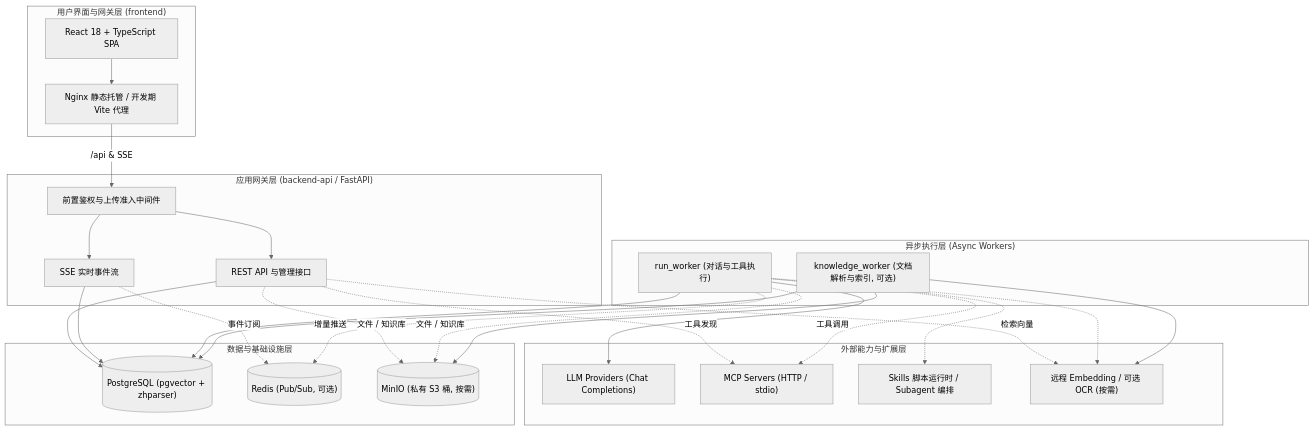
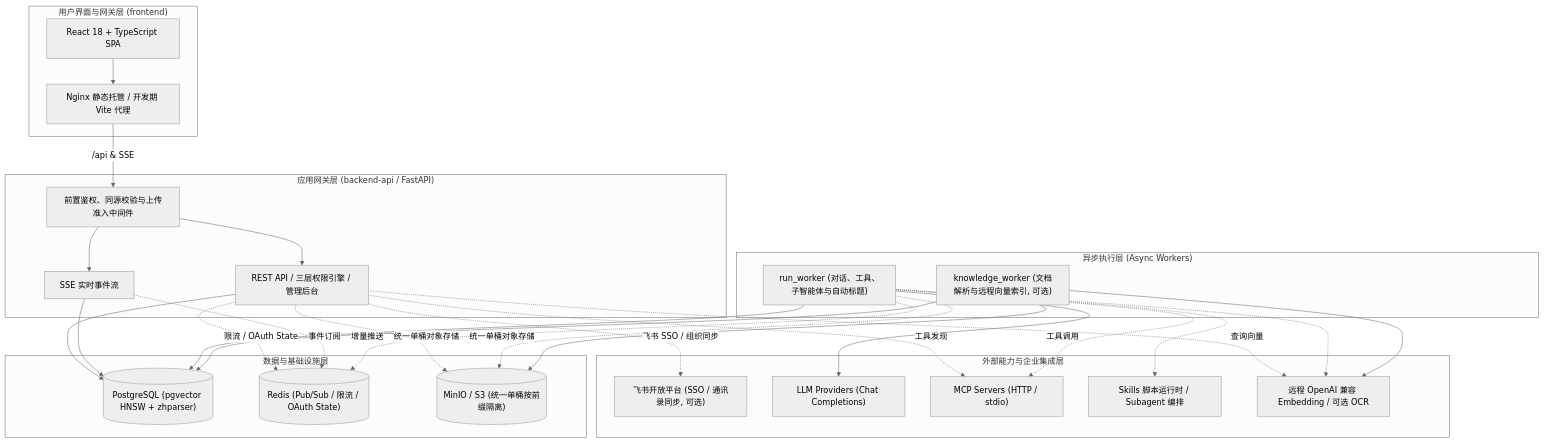
Before and after one commit to doubleu8190/Athena: the diagram in README.md, drawn with Mermaid (neutral theme). The commit also changed other lines of this file and 5 other files, not shown here.

````diff
--- a/README.md
+++ b/README.md
@@ -61,55 +65,58 @@
 ```mermaid
 flowchart TB
     subgraph UI["用户界面与网关层 (frontend)"]
         SPA["React 18 + TypeScript SPA"]
         Proxy["Nginx 静态托管 / 开发期 Vite 代理"]
     end
 
     subgraph Gateway["应用网关层 (backend-api / FastAPI)"]
-        Middleware["前置鉴权与上传准入中间件"]
-        RestApi["REST API 与管理接口"]
+        Middleware["前置鉴权、同源校验与上传准入中间件"]
+        RestApi["REST API / 三层权限引擎 / 管理后台"]
         SseStream["SSE 实时事件流"]
     end
 
     subgraph Workers["异步执行层 (Async Workers)"]
-        RunWorker["run_worker (对话与工具执行)"]
-        KbWorker["knowledge_worker (文档解析与索引, 可选)"]
+        RunWorker["run_worker (对话、工具、子智能体与自动标题)"]
+        KbWorker["knowledge_worker (文档解析与远程向量索引, 可选)"]
     end
 
-    subgraph Ext["外部能力与扩展层"]
+    subgraph Ext["外部能力与企业集成层"]
+        Feishu["飞书开放平台 (SSO / 通讯录同步, 可选)"]
         LLM["LLM Providers (Chat Completions)"]
         MCP["MCP Servers (HTTP / stdio)"]
         SkillSubagent["Skills 脚本运行时 / Subagent 编排"]
-        RemoteEmbedding["远程 Embedding / 可选 OCR (按需)"]
+        RemoteEmbedding["远程 OpenAI 兼容 Embedding / 可选 OCR"]
     end
 
     subgraph Infra["数据与基础设施层"]
-        PG[("PostgreSQL (pgvector + zhparser)")]
-        Redis[("Redis (Pub/Sub, 可选)")]
-        MinIO[("MinIO (私有 S3 桶, 按需)")]
+        PG[("PostgreSQL (pgvector HNSW + zhparser)")]
+        Redis[("Redis (Pub/Sub / 限流 / OAuth State)")]
+        MinIO[("MinIO / S3 (统一单桶按前缀隔离)")]
     end
 
     SPA --> Proxy
     Proxy -->|"/api & SSE"| Middleware
     Middleware --> RestApi
     Middleware --> SseStream
 
     RestApi --> PG
     SseStream --> PG
+    RestApi -.->|"限流 / OAuth State"| Redis
     SseStream -.->|"事件订阅"| Redis
-    RestApi -.->|"文件 / 知识库"| MinIO
+    RestApi -.->|"飞书 SSO / 组织同步"| Feishu
+    RestApi -.->|"统一单桶对象存储"| MinIO
     RestApi -.->|"工具发现"| MCP
-    RestApi -.->|"检索向量"| RemoteEmbedding
+    RestApi -.->|"查询向量"| RemoteEmbedding
 
     RunWorker --> PG
     RunWorker -.->|"增量推送"| Redis
-    RunWorker -.->|"文件 / 知识库"| MinIO
+    RunWorker -.->|"统一单桶对象存储"| MinIO
     RunWorker --> LLM
     RunWorker -.->|"工具调用"| MCP
     RunWorker -.-> SkillSubagent
     RunWorker -.-> RemoteEmbedding
 
     KbWorker --> PG
     KbWorker --> MinIO
     KbWorker --> RemoteEmbedding
 ```
````
